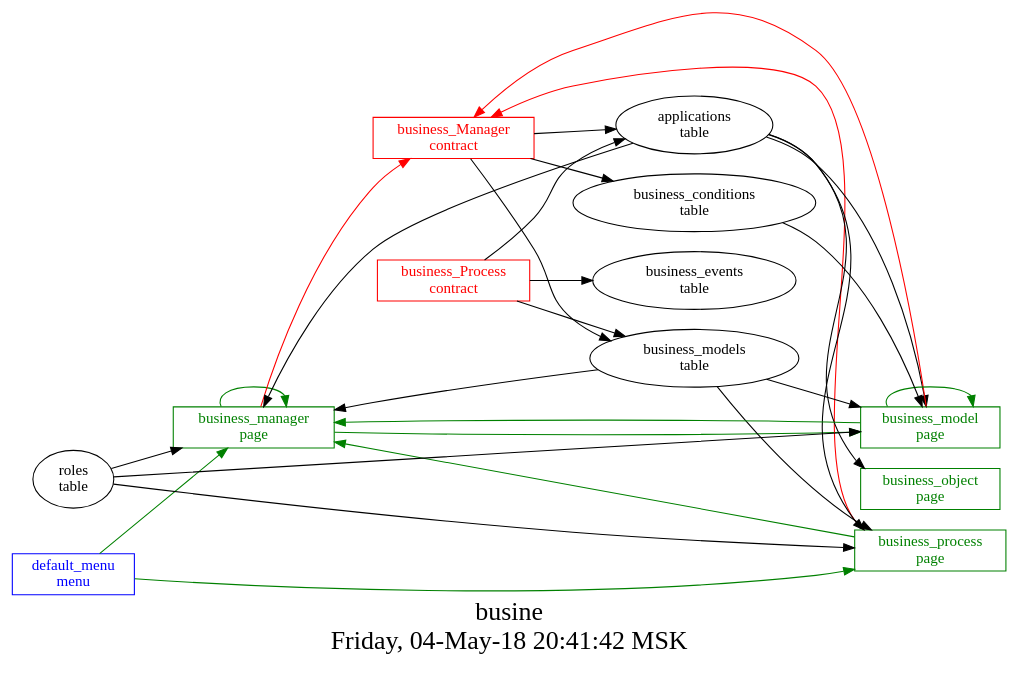
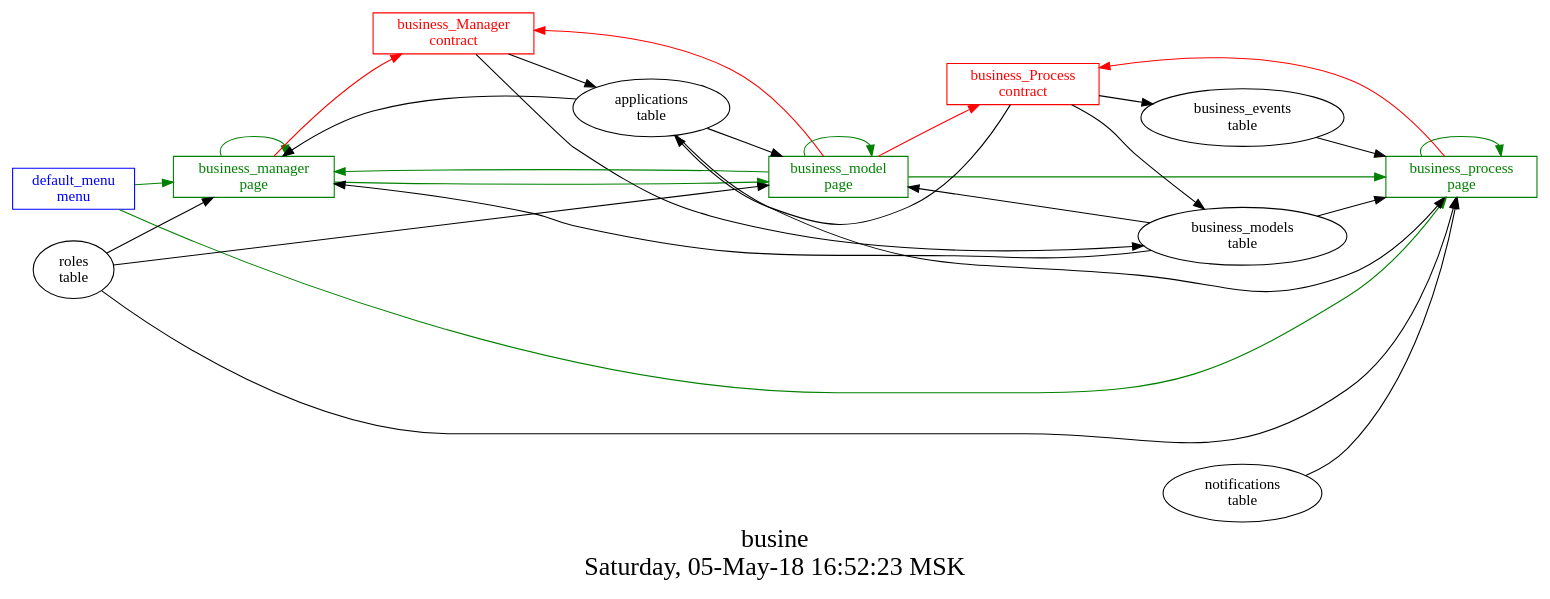
One commit to AplaProject/apps changed the diagram in src/business/struct.dot. Above: the diagram before and after it, drawn with Graphviz. The commit also changed 5 other files, not shown here.

```diff
--- a/src/business/struct.dot
+++ b/src/business/struct.dot
@@ -1,47 +1,46 @@
 digraph G {
 graph [
   fontsize="24";
-  label="busine\nFriday, 04-May-18 20:41:42 MSK";
+  label="busine\nSaturday, 05-May-18 16:52:23 MSK";
   nojustify=true;
   ordering=out;
   rankdir=LR;
   size="30";
 ];
 "default_menu\nmenu" -> "business_manager\npage"  [ color=green ]
 "default_menu\nmenu" -> "business_process\npage"  [ color=green ]
 "default_menu\nmenu" [color=blue, fontcolor=blue, group=menus, shape=record];
 "business_manager\npage" -> "business_Manager\ncontract"  [ color=red ]
 "applications\ntable" -> "business_manager\npage"  [ color="" ]
 "roles\ntable" -> "business_manager\npage"  [ color="" ]
 "business_models\ntable" -> "business_manager\npage"  [ color="" ]
 "business_manager\npage" -> "business_model\npage"  [ color=green ]
 "business_manager\npage" -> "business_manager\npage"  [ color=green ]
 "business_manager\npage" [color=green, fontcolor=green, group=pages, shape=record];
+"business_model\npage" -> "business_Process\ncontract"  [ color=red ]
 "business_model\npage" -> "business_Manager\ncontract"  [ color=red ]
 "applications\ntable" -> "business_model\npage"  [ color="" ]
+"business_models\ntable" -> "business_model\npage"  [ color="" ]
 "roles\ntable" -> "business_model\npage"  [ color="" ]
-"business_models\ntable" -> "business_model\npage"  [ color="" ]
-"business_conditions\ntable" -> "business_model\npage"  [ color="" ]
+"business_model\npage" -> "business_manager\npage"  [ color=green ]
+"business_model\npage" -> "business_process\npage"  [ color=green ]
 "business_model\npage" -> "business_model\npage"  [ color=green ]
-"business_model\npage" -> "business_manager\npage"  [ color=green ]
 "business_model\npage" [color=green, fontcolor=green, group=pages, shape=record];
-"applications\ntable" -> "business_object\npage"  [ color="" ]
-"business_object\npage" [color=green, fontcolor=green, group=pages, shape=record];
-"business_process\npage" -> "business_Manager\ncontract"  [ color=red ]
+"business_process\npage" -> "business_Process\ncontract"  [ color=red ]
 "applications\ntable" -> "business_process\npage"  [ color="" ]
+"notifications\ntable" -> "business_process\npage"  [ color="" ]
+"business_models\ntable" -> "business_process\npage"  [ color="" ]
 "roles\ntable" -> "business_process\npage"  [ color="" ]
-"business_models\ntable" -> "business_process\npage"  [ color="" ]
-"business_process\npage" -> "business_manager\npage"  [ color=green ]
+"business_events\ntable" -> "business_process\npage"  [ color="" ]
+"business_process\npage" -> "business_process\npage"  [ color=green ]
 "business_process\npage" [color=green, fontcolor=green, group=pages, shape=record];
 "business_Manager\ncontract" -> "applications\ntable"  [ color="" ]
-"business_Manager\ncontract" -> "business_conditions\ntable"  [ color="" ]
 "business_Manager\ncontract" -> "business_models\ntable"  [ color="" ]
 "business_Manager\ncontract" [color=red, fontcolor=red, group=contracts, shape=record];
 "business_Process\ncontract" -> "applications\ntable"  [ color="" ]
 "business_Process\ncontract" -> "business_events\ntable"  [ color="" ]
 "business_Process\ncontract" -> "business_models\ntable"  [ color="" ]
 "business_Process\ncontract" [color=red, fontcolor=red, group=contracts, shape=record];
-"business_conditions\ntable" [color="", fontcolor="", group=tables, shape=""];
 "business_events\ntable" [color="", fontcolor="", group=tables, shape=""];
 "business_models\ntable" [color="", fontcolor="", group=tables, shape=""];
 }
```
